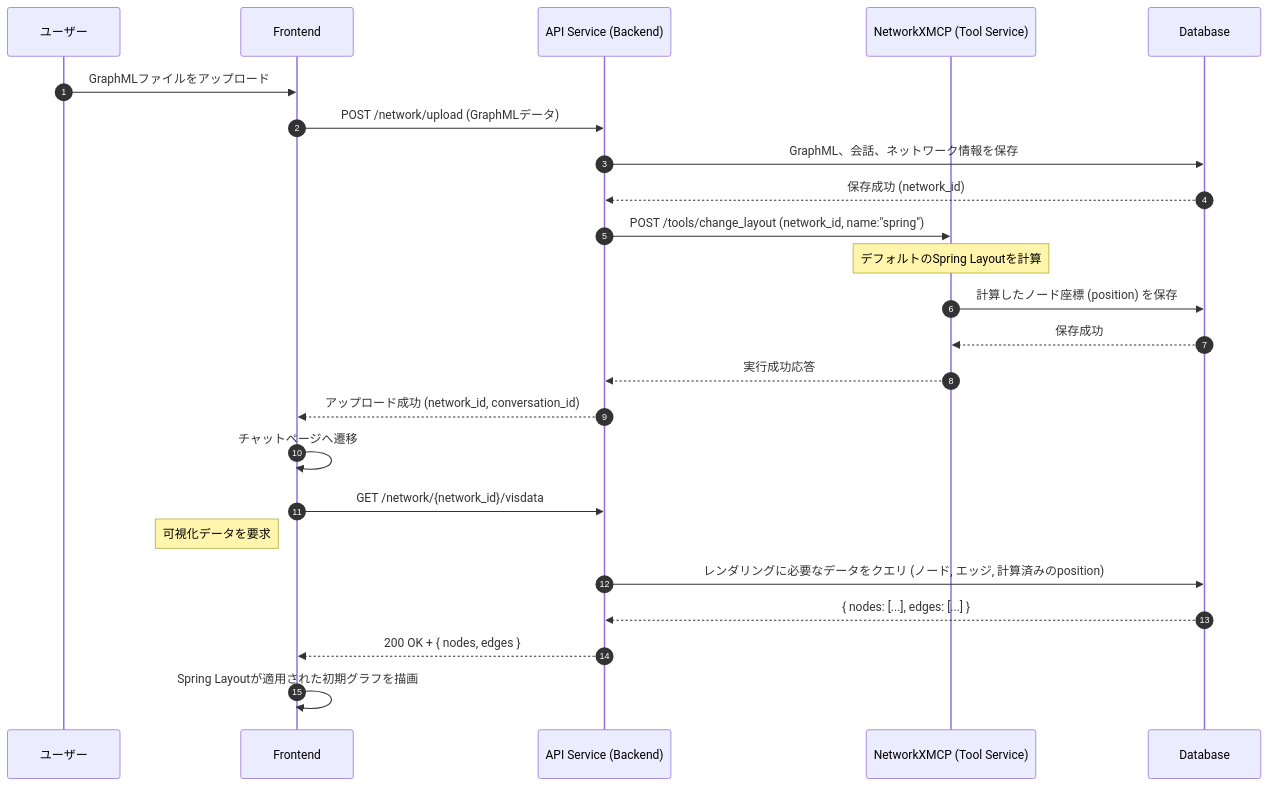
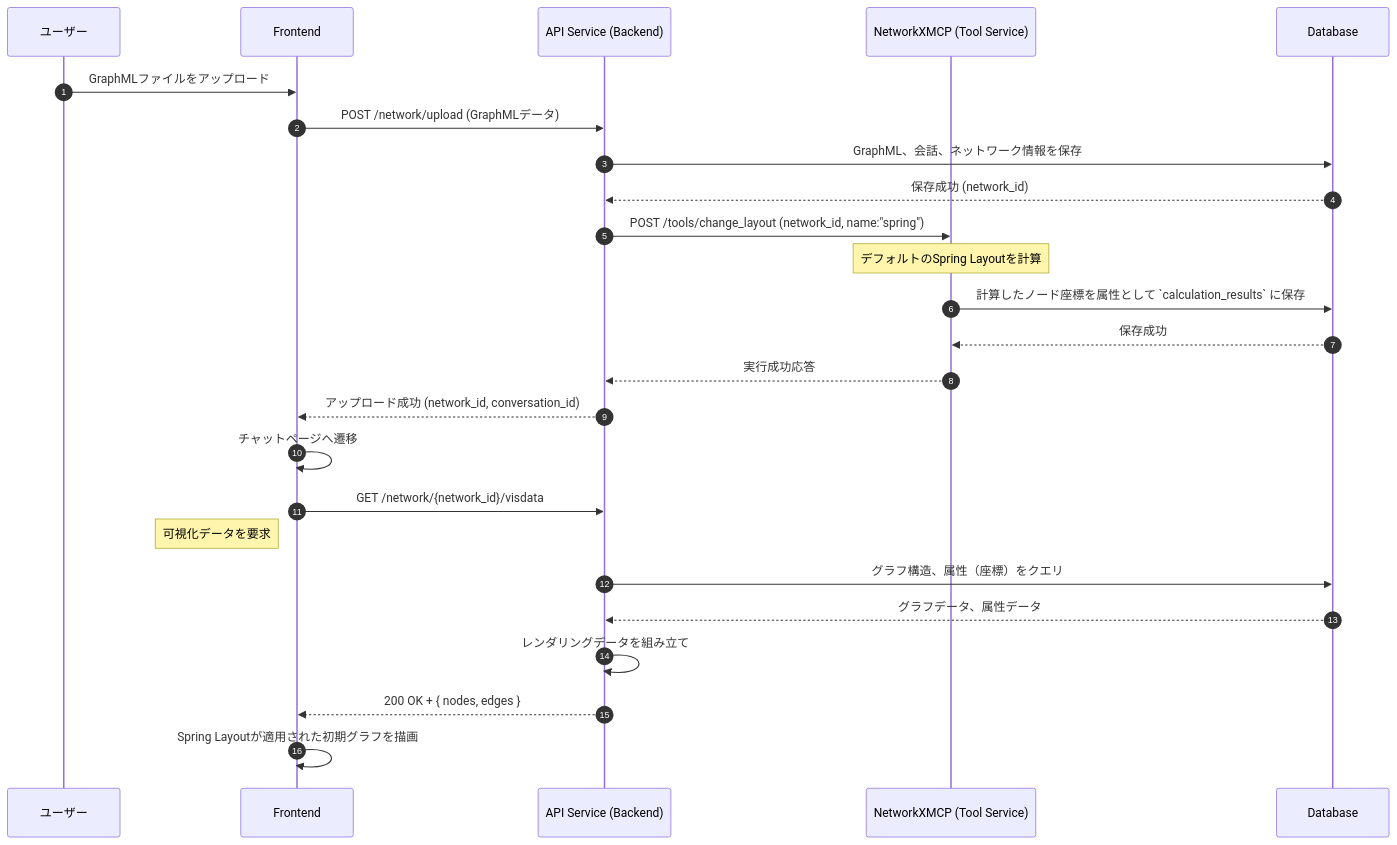
One commit to vdslab/LLMGraphvis changed the first of 3 diagrams in specification/Interactions.md. Above: the diagram before and after it, drawn with Mermaid. The commit also changed other lines of this file and 6 other files, not shown here.

First line of the commit message:
Refactor: Eliminate JSONB, normalize DB schema, and refine LLM tool-calling flow

````diff
--- a/specification/Interactions.md
+++ b/specification/Interactions.md
@@ -13,36 +13,37 @@
 ```mermaid
 sequenceDiagram
     autonumber
     participant U as ユーザー
     participant F as Frontend
     participant B as API Service (Backend)
     participant N as NetworkXMCP (Tool Service)
     participant DB as Database
 
     %% Step 1: User uploads a file
     U->>F: GraphMLファイルをアップロード
     F->>B: POST /network/upload (GraphMLデータ)
 
     %% Step 2: Backend saves initial data and requests default layout calculation
     B->>DB: GraphML、会話、ネットワーク情報を保存
     DB-->>B: 保存成功 (network_id)
     B->>N: POST /tools/change_layout (network_id, name:"spring")
     note over N: デフォルトのSpring Layoutを計算
 
-    %% Step 3: NetworkXMCP computes and saves layout
-    N->>DB: 計算したノード座標 (position) を保存
+    %% Step 3: NetworkXMCP computes and saves layout as an attribute
+    N->>DB: 計算したノード座標を属性として `calculation_results` に保存
     DB-->>N: 保存成功
     N-->>B: 実行成功応答
     B-->>F: アップロード成功 (network_id, conversation_id)
 
     %% Step 4: Frontend navigates and fetches the initial graph data
     F->>F: チャットページへ遷移
     F->>B: GET /network/{network_id}/visdata
     note left of F: 可視化データを要求
-    B->>DB: レンダリングに必要なデータをクエリ (ノード, エッジ, 計算済みのposition)
-    DB-->>B: { nodes: [...], edges: [...] }
+    B->>DB: グラフ構造、属性（座標）をクエリ
+    DB-->>B: グラフデータ、属性データ
+    B->>B: レンダリングデータを組み立て
     B-->>F: 200 OK + { nodes, edges }
 
     %% Step 5: Frontend renders the initial graph
     F->>F: Spring Layoutが適用された初期グラフを描画
 ```
````
